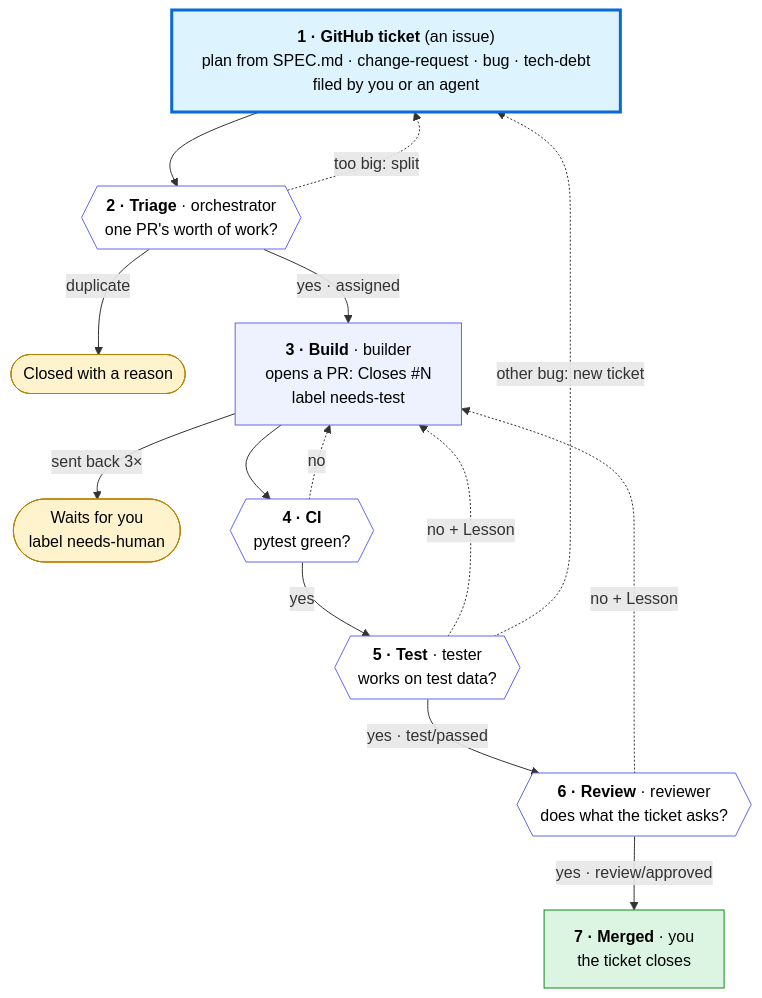
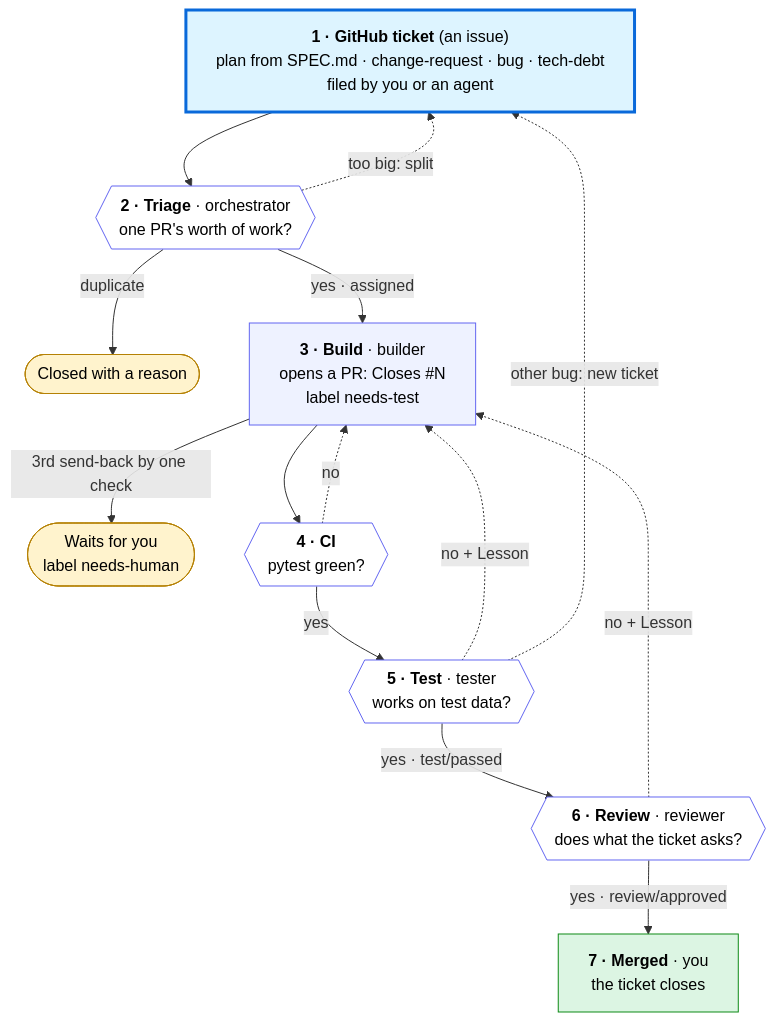
The diagram in agents/WORKFLOW.md (nikhil-kunapareddy/daily-briefing), drawn with Mermaid before and after one commit. The commit also changed other lines of this file and 2 other files, not shown here.

First line of the commit message:
Dispatcher: count send-backs per check, and re-run a red CI once

````diff
--- a/agents/WORKFLOW.md
+++ b/agents/WORKFLOW.md
@@ -11,38 +11,38 @@
 ```mermaid
 %%{init: {"flowchart": {"wrappingWidth": 440}}}%%
 flowchart TD
   T["<b>1 · GitHub ticket</b> (an issue)<br/>plan from SPEC.md · change-request · bug · tech-debt<br/>filed by you or an agent"]
   O{{"<b>2 · Triage</b> · orchestrator<br/>one PR's worth of work?"}}
   X(["Closed with a reason"])
   B["<b>3 · Build</b> · builder<br/>opens a PR: Closes #N<br/>label needs-test"]
   H(["Waits for you<br/>label needs-human"])
   C{{"<b>4 · CI</b><br/>pytest green?"}}
   TE{{"<b>5 · Test</b> · tester<br/>works on test data?"}}
   R{{"<b>6 · Review</b> · reviewer<br/>does what the ticket asks?"}}
   M["<b>7 · Merged</b> · you<br/>the ticket closes"]
 
   T --> O
   O -->|"yes · assigned"| B
   O -->|"duplicate"| X
   O -.->|"too big: split"| T
   B --> C
-  B -->|"sent back 3×"| H
+  B -->|"3rd send-back by one check"| H
   C -->|"yes"| TE
   C -.->|"no"| B
   TE -->|"yes · test/passed"| R
   TE -.->|"no + Lesson"| B
   TE -.->|"other bug: new ticket"| T
   R -->|"yes · review/approved"| M
   R -.->|"no + Lesson"| B
 
   classDef ticket fill:#ddf4ff,stroke:#0969da,stroke-width:3px,color:#000
   classDef step fill:#eef2ff,stroke:#6366f1,color:#000
   classDef check fill:#fff,stroke:#6366f1,color:#000
   classDef done fill:#dcf5e3,stroke:#0e8a16,color:#000
   classDef side fill:#fff3cd,stroke:#b58105,color:#000
   class T ticket
   class B step
   class O,C,TE,R check
   class M done
   class X,H side
 ```
````
